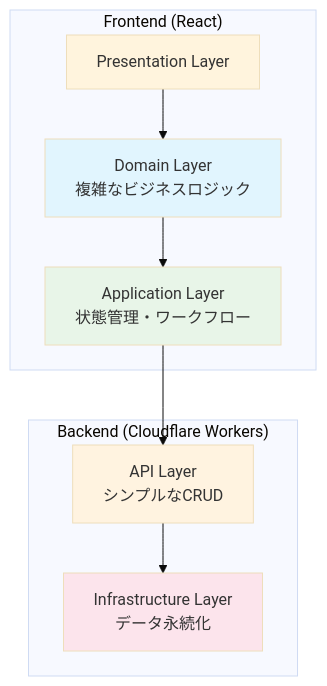
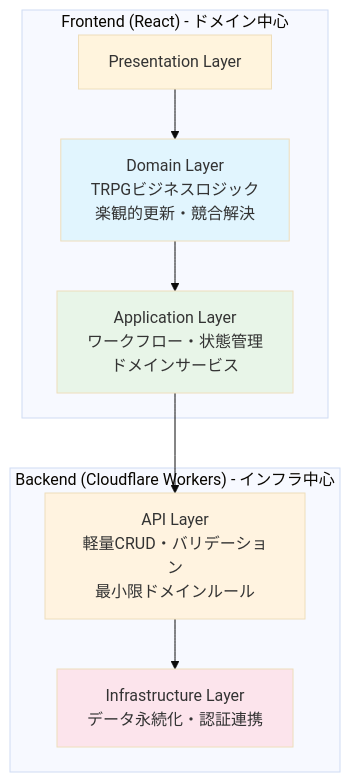
The second of 2 diagrams in docs/02-architecture/overview.md (hibohiboo/odyssage), drawn with Mermaid (base theme) before and after one commit. The commit also changed other lines of this file and 1 other file, not shown here.

````diff
--- a/docs/02-architecture/overview.md
+++ b/docs/02-architecture/overview.md
@@ -79,23 +79,23 @@
 ```mermaid
 graph TB
-    subgraph "Frontend (React)"
+    subgraph "Frontend (React) - ドメイン中心"
         P[Presentation Layer]
-        D[Domain Layer<br/>複雑なビジネスロジック]
-        A[Application Layer<br/>状態管理・ワークフロー]
+        D[Domain Layer<br/>TRPGビジネスロジック<br/>楽観的更新・競合解決]
+        A[Application Layer<br/>ワークフロー・状態管理<br/>ドメインサービス]
     end
     
-    subgraph "Backend (Cloudflare Workers)"
-        API[API Layer<br/>シンプルなCRUD]
-        I[Infrastructure Layer<br/>データ永続化]
+    subgraph "Backend (Cloudflare Workers) - インフラ中心"
+        API[API Layer<br/>軽量CRUD・バリデーション<br/>最小限ドメインルール]
+        I[Infrastructure Layer<br/>データ永続化・認証連携]
     end
     
     P --> D
     D --> A
     A --> API
     API --> I
     
     style D fill:#e1f5fe
     style A fill:#e8f5e8
     style API fill:#fff3e0
     style I fill:#fce4ec
 ```
````
